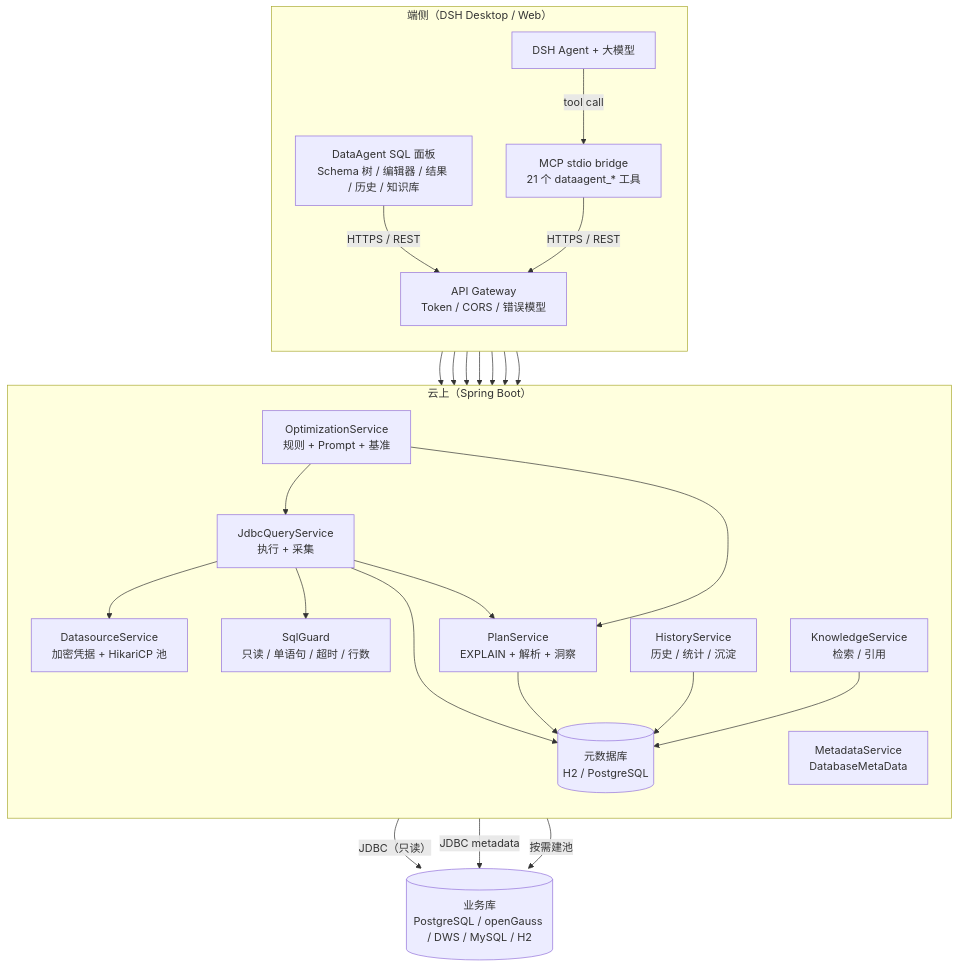
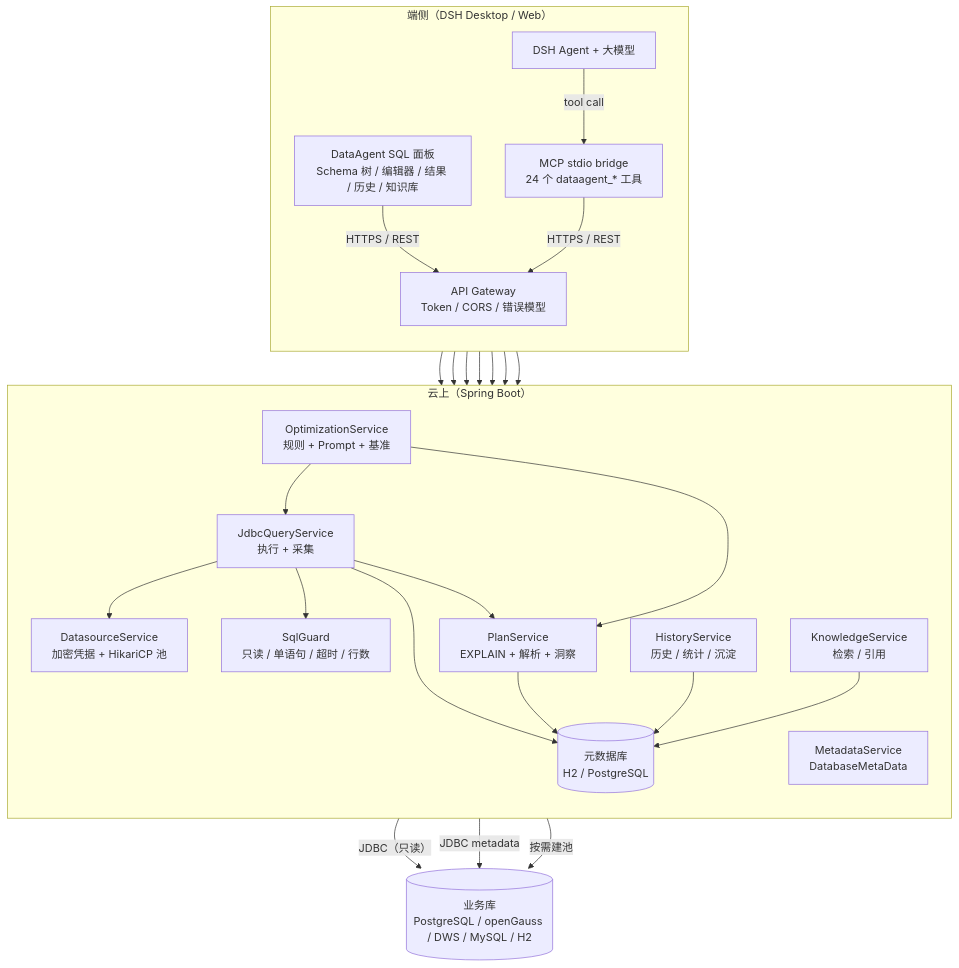
The first of 6 diagrams in docs/ARCHITECTURE.md (whllowp/DataAgent), drawn with Mermaid before and after one commit. The commit also changed other lines of this file and 23 other files, not shown here.

````diff
--- a/docs/ARCHITECTURE.md
+++ b/docs/ARCHITECTURE.md
@@ -25,47 +25,47 @@
 ```mermaid
 flowchart TB
   subgraph Edge["端侧（DSH Desktop / Web）"]
     direction TB
     Panel["DataAgent SQL 面板<br/>Schema 树 / 编辑器 / 结果 / 历史 / 知识库"]
     DSH["DSH Agent + 大模型"]
-    MCP["MCP stdio bridge<br/>21 个 dataagent_* 工具"]
+    MCP["MCP stdio bridge<br/>24 个 dataagent_* 工具"]
     Panel -->|"HTTPS / REST"| Gateway
     DSH -->|"tool call"| MCP
     MCP -->|"HTTPS / REST"| Gateway
   end
 
   subgraph Cloud["云上（Spring Boot）"]
     direction TB
     Gateway["API Gateway<br/>Token / CORS / 错误模型"]
     DS["DatasourceService<br/>加密凭据 + HikariCP 池"]
     Meta["MetadataService<br/>DatabaseMetaData"]
     Guard["SqlGuard<br/>只读 / 单语句 / 超时 / 行数"]
     Exec["JdbcQueryService<br/>执行 + 采集"]
     Plan["PlanService<br/>EXPLAIN + 解析 + 洞察"]
     Hist["HistoryService<br/>历史 / 统计 / 沉淀"]
     KB["KnowledgeService<br/>检索 / 引用"]
     Opt["OptimizationService<br/>规则 + Prompt + 基准"]
     Store[("元数据库<br/>H2 / PostgreSQL")]
     Gateway --> DS
     Gateway --> Meta
     Gateway --> Guard
     Gateway --> Exec
     Gateway --> Hist
     Gateway --> KB
     Gateway --> Opt
     Exec --> Guard
     Exec --> DS
     Exec --> Plan
     Exec --> Store
     Plan --> Store
     Hist --> Store
     KB --> Store
     Opt --> Exec
     Opt --> Plan
   end
 
   DB[("业务库<br/>PostgreSQL / openGauss / DWS / MySQL / H2")]
   Exec -->|"JDBC（只读）"| DB
   Meta -->|"JDBC metadata"| DB
   DS -->|"按需建池"| DB
 ```
````
